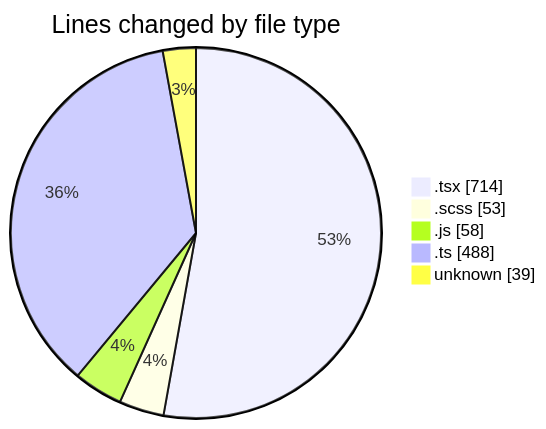
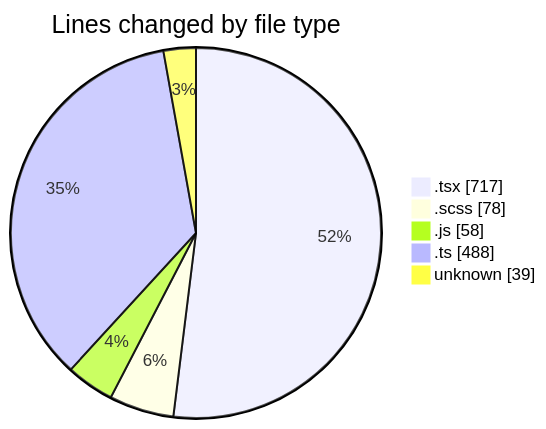
One commit to momahboobian/code-tracking changed the first of 2 diagrams in 2025-05-02/cda/README.md. Above: the diagram before and after it, drawn with Mermaid. The commit also changed other lines of this file and 1 other file, not shown here.

````diff
--- a/2025-05-02/cda/README.md
+++ b/2025-05-02/cda/README.md
@@ -27,9 +28,9 @@
 ```mermaid
 pie showData
 title Lines changed by file type
-".tsx" : 714
-".scss" : 53
+".tsx" : 717
+".scss" : 78
 ".js" : 58
 ".ts" : 488
 "unknown" : 39
 ```
````
